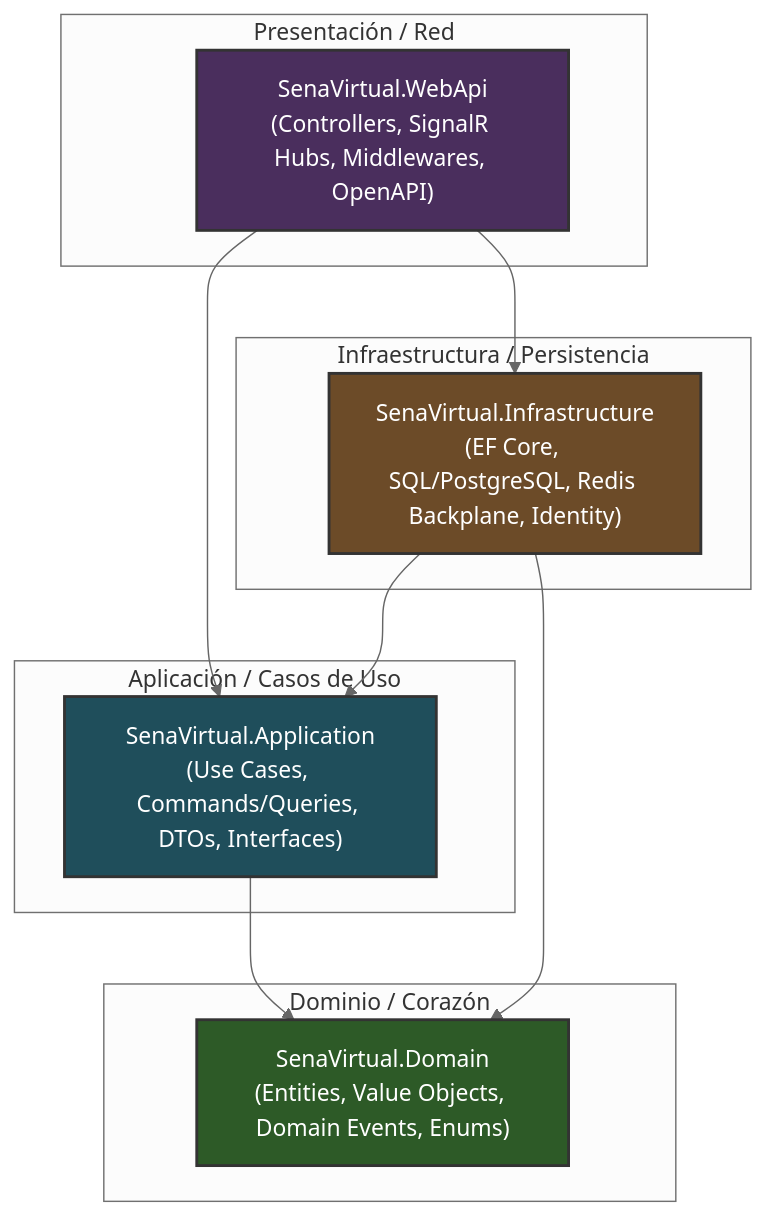
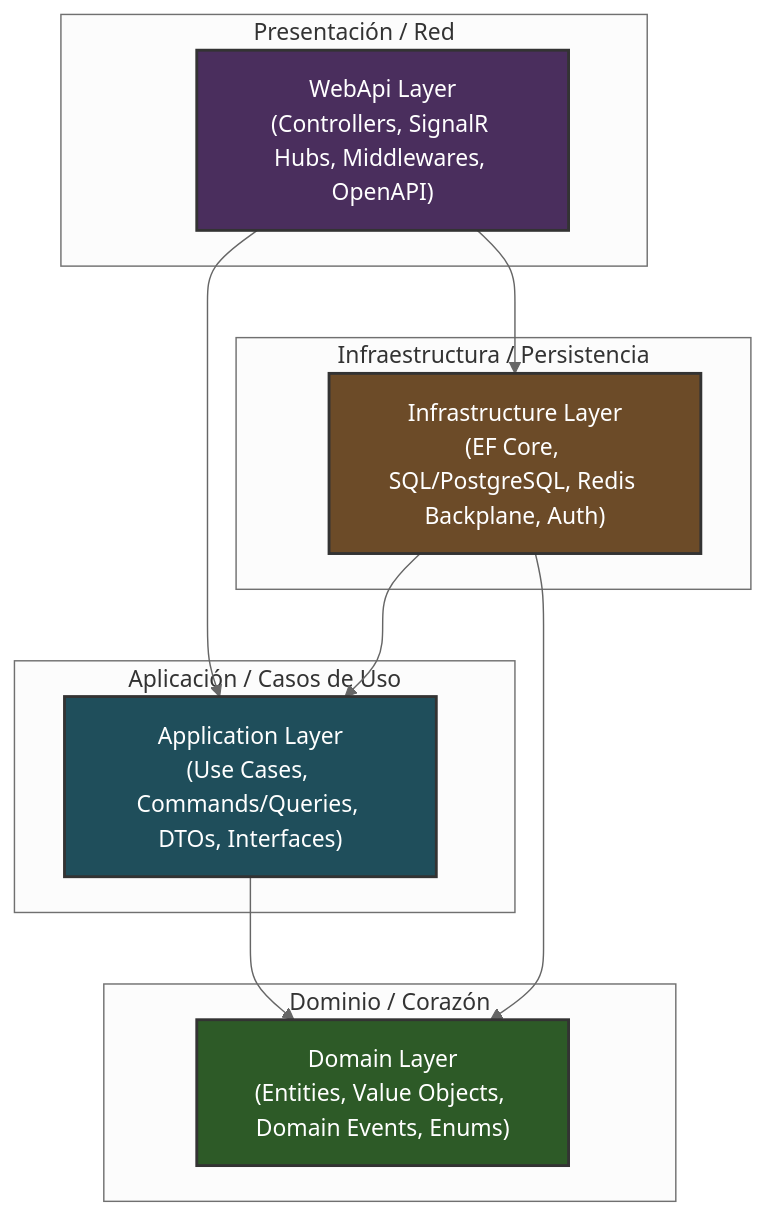
One commit to FranTdev/Unity2DBackend changed the first of 2 diagrams in README.md. Above: the diagram before and after it, drawn with Mermaid (neutral theme). The commit also changed other lines of this file and 2 other files, not shown here.

````diff
--- a/README.md
+++ b/README.md
@@ -50,30 +50,30 @@
 ```mermaid
 graph TD
     subgraph Presentación / Red
-        WebApi["SenaVirtual.WebApi<br/>(Controllers, SignalR Hubs, Middlewares, OpenAPI)"]
+        WebApi["WebApi Layer<br/>(Controllers, SignalR Hubs, Middlewares, OpenAPI)"]
     end
 
     subgraph Aplicación / Casos de Uso
-        Application["SenaVirtual.Application<br/>(Use Cases, Commands/Queries, DTOs, Interfaces)"]
+        Application["Application Layer<br/>(Use Cases, Commands/Queries, DTOs, Interfaces)"]
     end
 
     subgraph Infraestructura / Persistencia
-        Infrastructure["SenaVirtual.Infrastructure<br/>(EF Core, SQL/PostgreSQL, Redis Backplane, Identity)"]
+        Infrastructure["Infrastructure Layer<br/>(EF Core, SQL/PostgreSQL, Redis Backplane, Auth)"]
     end
 
     subgraph Dominio / Corazón
-        Domain["SenaVirtual.Domain<br/>(Entities, Value Objects, Domain Events, Enums)"]
+        Domain["Domain Layer<br/>(Entities, Value Objects, Domain Events, Enums)"]
     end
 
     %% Relaciones de dependencia
     WebApi --> Application
     WebApi --> Infrastructure
     Infrastructure --> Application
     Application --> Domain
     Infrastructure --> Domain
 
     style Domain fill:#2d5a27,stroke:#333,stroke-width:2px,color:#fff
     style Application fill:#1f4e5b,stroke:#333,stroke-width:2px,color:#fff
     style Infrastructure fill:#6c4b28,stroke:#333,stroke-width:2px,color:#fff
     style WebApi fill:#4a2e5d,stroke:#333,stroke-width:2px,color:#fff
 ```
````
